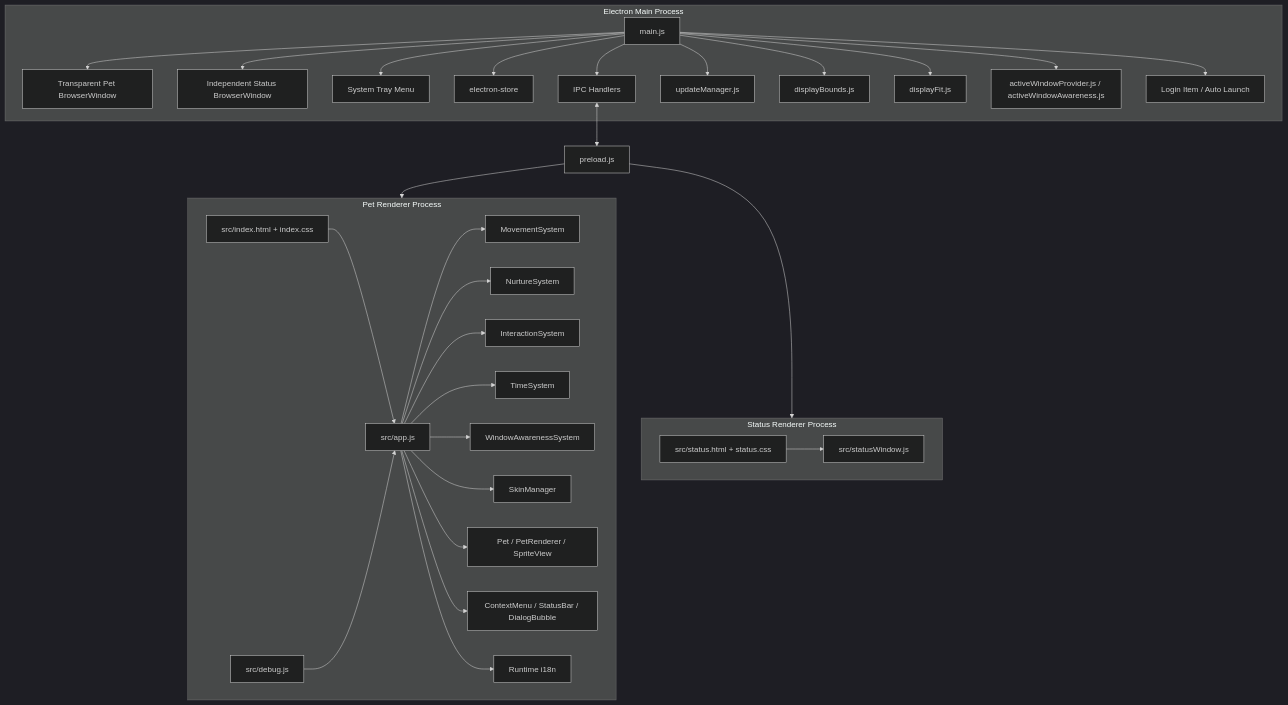
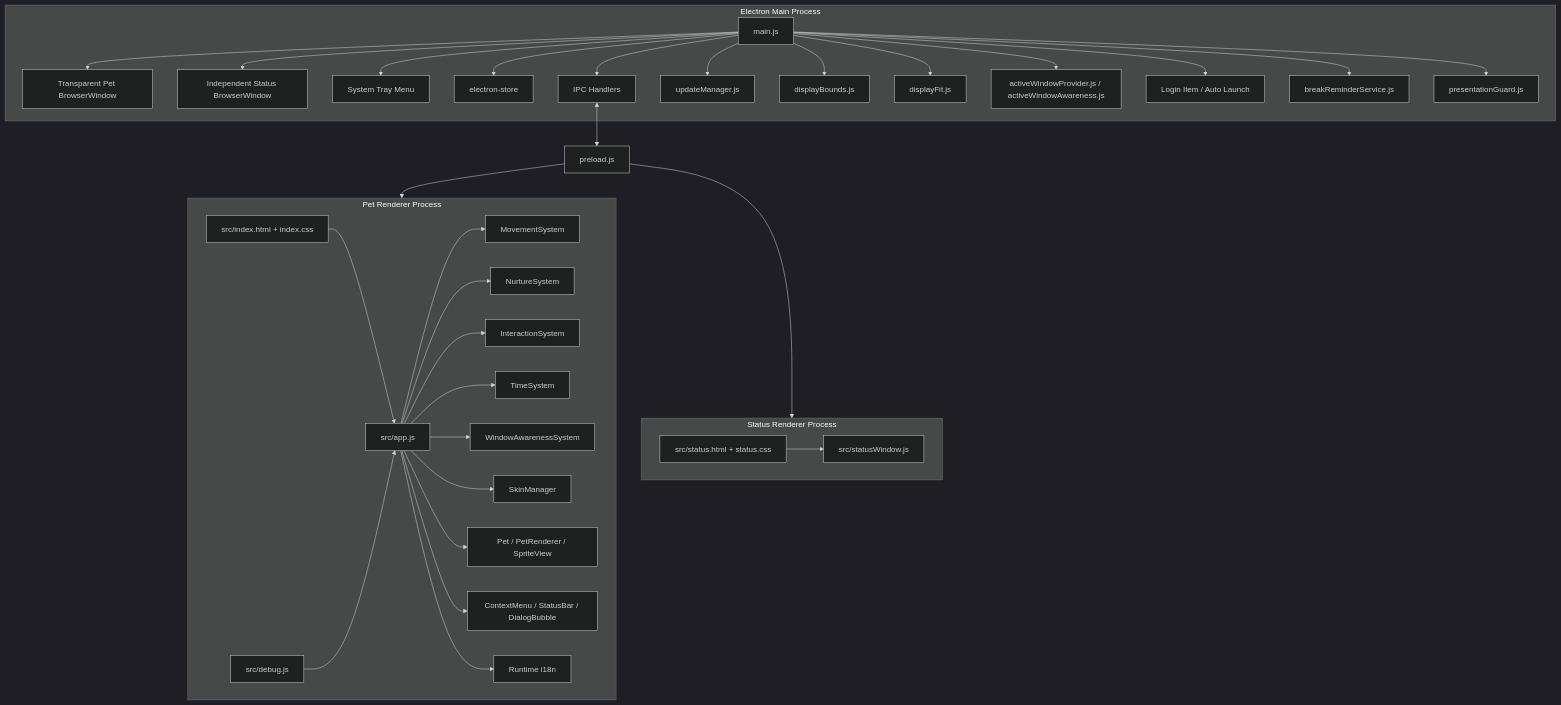
The diagram in docs/structure.md (HuihuiDreams/qijiu-desktop-pet), drawn with Mermaid (dark theme) before and after one commit. The commit also changed other lines of this file and 14 other files, not shown here.

First line of the commit message:
feat: implement break reminder MVP

````diff
--- a/docs/structure.md
+++ b/docs/structure.md
@@ -11,38 +11,40 @@
 ```mermaid
 graph TB
     subgraph Main["Electron Main Process"]
         MainJs["main.js"]
         MainJs --> PetWindow["Transparent Pet BrowserWindow"]
         MainJs --> StatusWindow["Independent Status BrowserWindow"]
         MainJs --> Tray["System Tray Menu"]
         MainJs --> Store["electron-store"]
         MainJs --> IPC["IPC Handlers"]
         MainJs --> Update["updateManager.js"]
         MainJs --> Bounds["displayBounds.js"]
         MainJs --> Fit["displayFit.js"]
         MainJs --> ActiveWindow["activeWindowProvider.js / activeWindowAwareness.js"]
         MainJs --> AutoLaunch["Login Item / Auto Launch"]
+        MainJs --> BreakReminder["breakReminderService.js"]
+        MainJs --> PresentGuard["presentationGuard.js"]
     end
 
     subgraph Renderer["Pet Renderer Process"]
         Index["src/index.html + index.css"] --> App["src/app.js"]
         App --> Movement["MovementSystem"]
         App --> Nurture["NurtureSystem"]
         App --> Interaction["InteractionSystem"]
         App --> Time["TimeSystem"]
         App --> Awareness["WindowAwarenessSystem"]
         App --> Skin["SkinManager"]
         App --> Pet["Pet / PetRenderer / SpriteView"]
         App --> UI["ContextMenu / StatusBar / DialogBubble"]
         App --> I18N["Runtime i18n"]
         Debug["src/debug.js"] --> App
     end
 
     subgraph Status["Status Renderer Process"]
         StatusHtml["src/status.html + status.css"] --> StatusJs["src/statusWindow.js"]
     end
 
     Preload["preload.js"] --> Renderer
     Preload --> Status
     IPC <--> Preload
 ```
````
